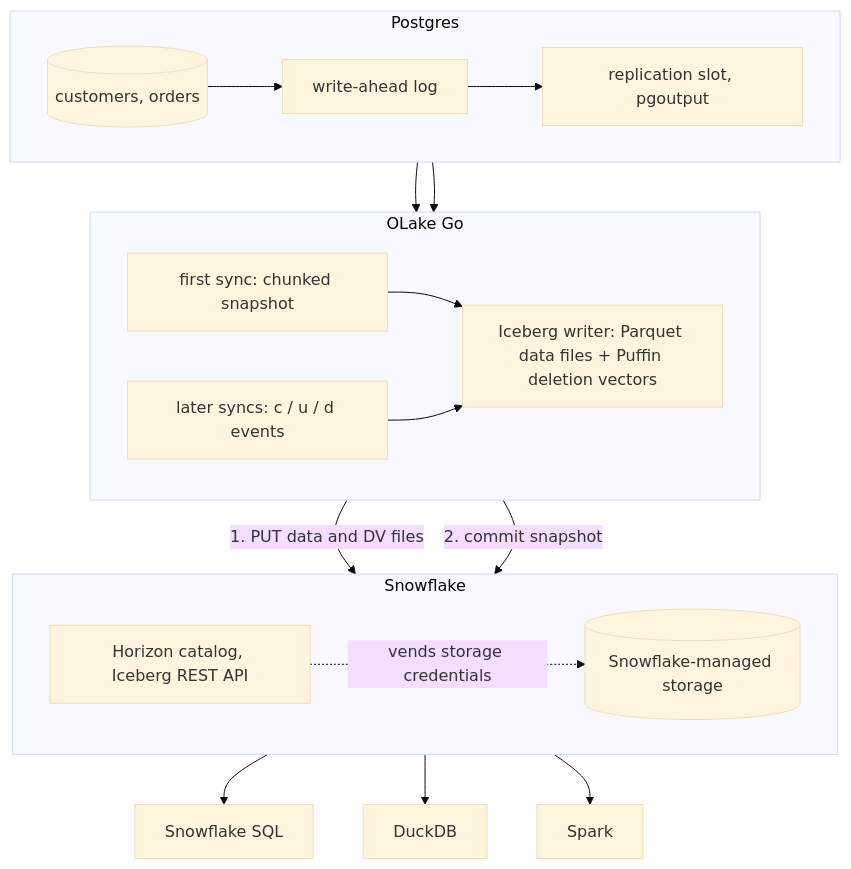
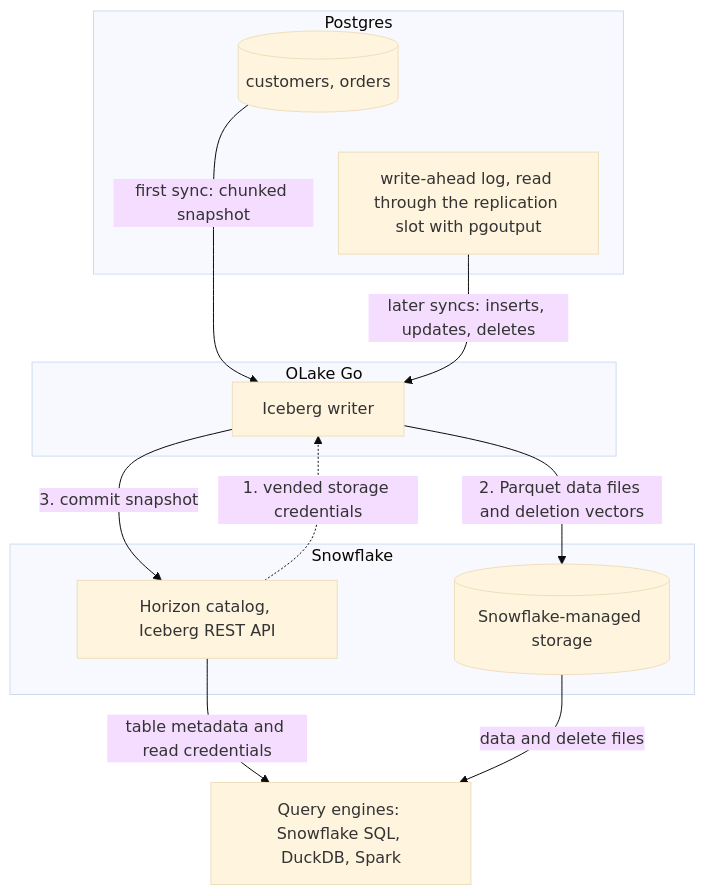
The diagram in docs/integrations/postgres-to-snowflake.mdx (datazip-inc/olake-docs), drawn with Mermaid (base theme) before and after one commit.

Commit message:
docs(integrations): redraw the CDC diagram to match the real data flow
The old diagram had the data flow wrong in four places:
- Horizon vended credentials to the storage box. It vends them to the
  writer, which then uploads to storage.
- Query engines read only from Horizon. The catalog gives them table
  metadata and read credentials (checked on Snowflake's Horizon page,
  2026-10-16); the data and delete files come from storage.
- Steps were "1. PUT files, 2. commit". The writer first gets
  credentials, then uploads, then commits.
- The table snapshot (first sync) and the WAL through the slot (later
  syncs) sat side by side; they are used at different times, so they
  are now stacked.
The subgraph direction settings were also ignored by Mermaid, so the
old layout rendered with crossing lines. The new diagram matches the
paragraph below it. Node and rank spacing are set to 30 and 40 (Mermaid's
default is 50) so there is no empty space around the boxes.

````diff
--- a/docs/integrations/postgres-to-snowflake.mdx
+++ b/docs/integrations/postgres-to-snowflake.mdx
@@ -81,23 +81,24 @@
 ```mermaid
+%%{init: {"flowchart": {"nodeSpacing": 30, "rankSpacing": 40}}}%%
 flowchart TB
   subgraph pg["Postgres"]
-    direction LR
-    T[(customers, orders)] --> WAL[write-ahead log] --> SLOT[replication slot, pgoutput]
+    T[(customers, orders)]
+    SLOT[write-ahead log, read through the replication slot with pgoutput]
+    T ~~~ SLOT
   end
   subgraph olake["OLake Go"]
-    direction LR
-    SNAP[first sync: chunked snapshot] --> W[Iceberg writer: Parquet data files + Puffin deletion vectors]
-    CDC[later syncs: c / u / d events] --> W
+    W[Iceberg writer]
   end
   subgraph sf["Snowflake"]
-    direction LR
-    H[Horizon catalog, Iceberg REST API] -. vends storage credentials .-> S[(Snowflake-managed storage)]
+    H[Horizon catalog, Iceberg REST API]
+    S[(Snowflake-managed storage)]
   end
-  T --> SNAP
-  SLOT --> CDC
-  W -- "1. PUT data and DV files" --> S
-  W -- "2. commit snapshot" --> H
-  H --> Q1[Snowflake SQL]
-  H --> Q2[DuckDB]
-  H --> Q3[Spark]
+  R[Query engines: Snowflake SQL, DuckDB, Spark]
+  T -- "first sync: chunked snapshot" --> W
+  SLOT -- "later syncs: inserts, updates, deletes" --> W
+  H -. "1. vended storage credentials" .-> W
+  W -- "2. Parquet data files and deletion vectors" --> S
+  W -- "3. commit snapshot" --> H
+  H -- "table metadata and read credentials" --> R
+  S -- "data and delete files" --> R
 ```
````
